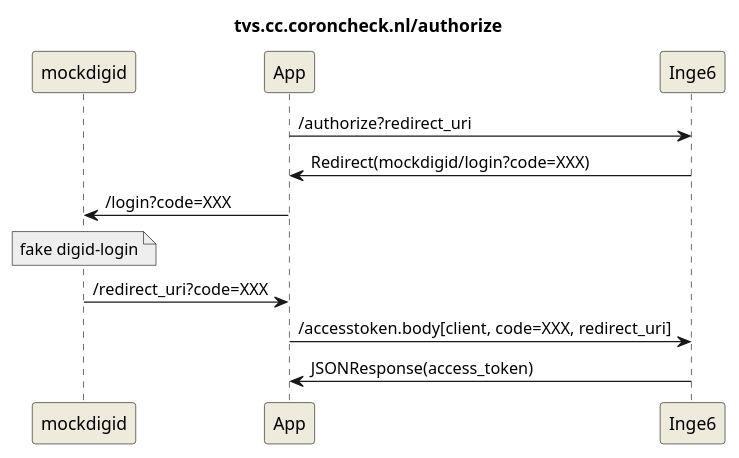
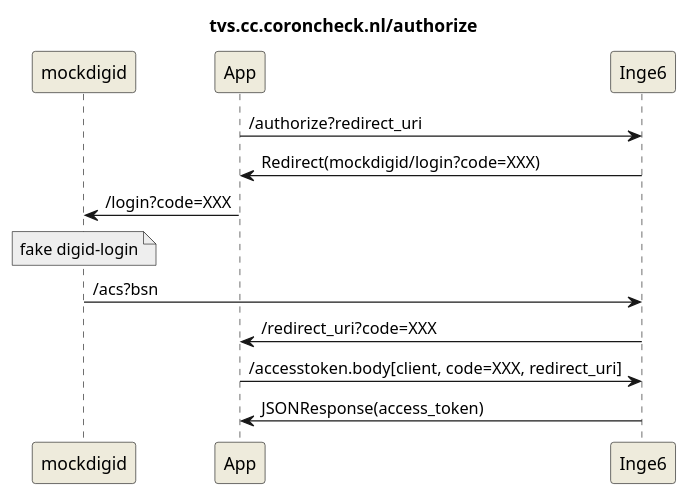
Before and after one commit to minvws/nl-rdo-max: the diagram in docs/tvs-oidc-puml.wsd, drawn with PlantUML. The commit also changed 5 other files, not shown here.

```diff
--- a/docs/tvs-oidc-puml.wsd
+++ b/docs/tvs-oidc-puml.wsd
@@ -1,21 +1,22 @@
 @startuml
 title tvs.cc.coroncheck.nl/authorize
 
 skinparam backgroundColor white
 skinparam participantBackgroundColor #EEEBDC
 skinparam noteBackgroundColor #EEE
 
 participant mockdigid
 participant App
 
 App->Inge6:/authorize?redirect_uri
 Inge6->App:Redirect(mockdigid/login?code=XXX)
 
 App->mockdigid:/login?code=XXX
 note over mockdigid: fake digid-login
 
-mockdigid->App:/redirect_uri?code=XXX
+mockdigid->Inge6:/acs?bsn
+Inge6->App:/redirect_uri?code=XXX
 
 App->Inge6:/accesstoken.body[client, code=XXX, redirect_uri]
 Inge6->App:JSONResponse(access_token)
 @enduml
```
